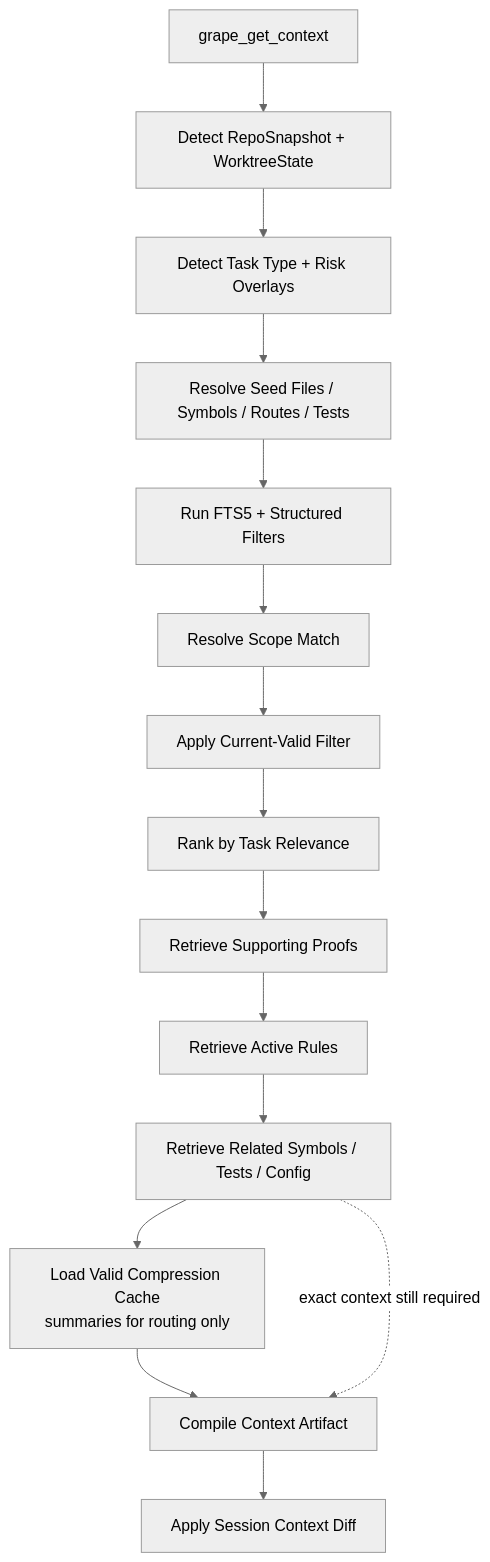
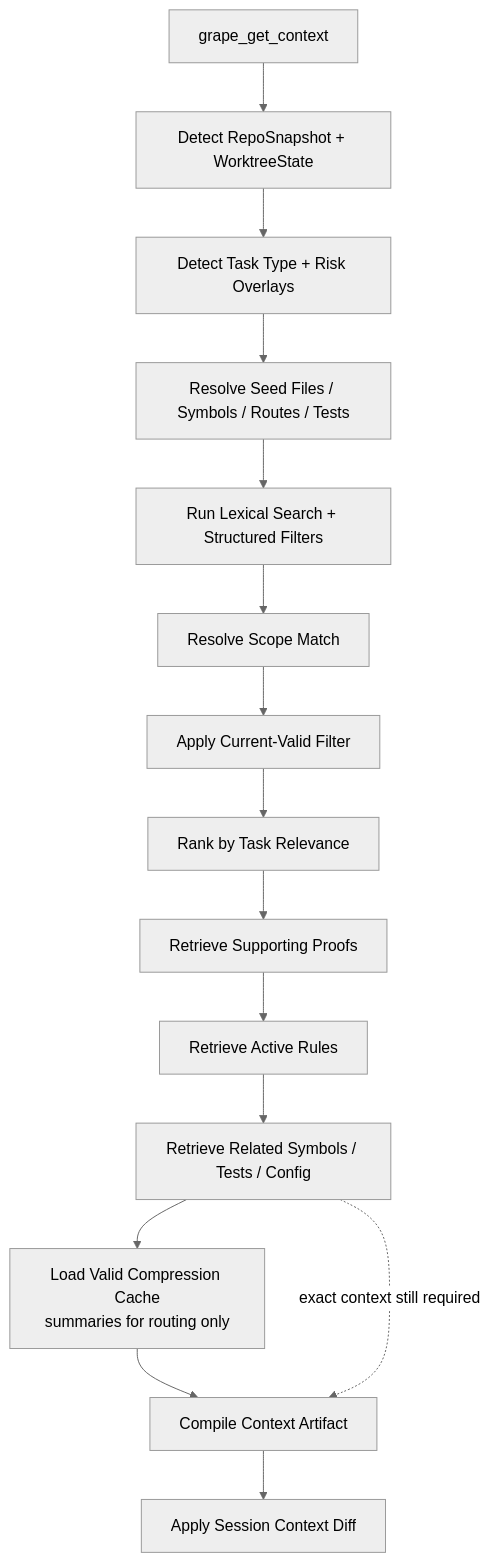
Before and after one commit to gael55x/Grape: the fifth of 12 diagrams in docs/v1/SPEC.md, drawn with Mermaid (neutral theme). The commit also changed other lines of this file and 30 other files, not shown here.

Commit message:
fix(storage): use portable lexical search

````diff
--- a/docs/v1/SPEC.md
+++ b/docs/v1/SPEC.md
@@ -1577,17 +1577,17 @@
 ```mermaid
 flowchart TD
     START[grape_get_context] --> SNAP[Detect RepoSnapshot + WorktreeState]
     SNAP --> TASK[Detect Task Type + Risk Overlays]
     TASK --> SEEDS[Resolve Seed Files / Symbols / Routes / Tests]
-    SEEDS --> FTS[Run FTS5 + Structured Filters]
-    FTS --> SCOPE[Resolve Scope Match]
+    SEEDS --> SEARCH[Run Lexical Search + Structured Filters]
+    SEARCH --> SCOPE[Resolve Scope Match]
     SCOPE --> VALID[Apply Current-Valid Filter]
     VALID --> RANK[Rank by Task Relevance]
     RANK --> PROOFS[Retrieve Supporting Proofs]
     PROOFS --> RULES[Retrieve Active Rules]
     RULES --> SYMBOLS[Retrieve Related Symbols / Tests / Config]
     SYMBOLS --> COMPRESS[Load Valid Compression Cache<br/>summaries for routing only]
     COMPRESS --> COMPILE[Compile Context Artifact]
     SYMBOLS -. exact context still required .-> COMPILE
     COMPILE --> DIFF[Apply Session Context Diff]
 ```
````
